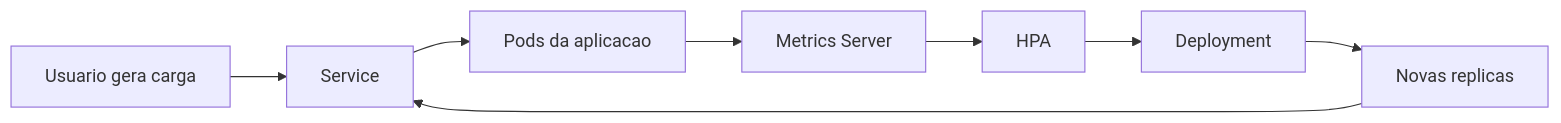
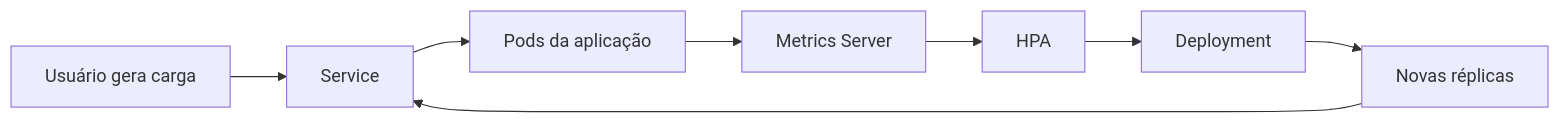
One commit to brodyandre/kubernetes-resilience-ha-lab changed the first of 4 diagrams in README.md. Above: the diagram before and after it, drawn with Mermaid. The commit also changed other lines of this file, not shown here.

````diff
--- a/README.md
+++ b/README.md
@@ -106,10 +106,10 @@
 ```mermaid
 flowchart LR
-  U[Usuario gera carga] --> S[Service]
-  S --> P[Pods da aplicacao]
+  U[Usuário gera carga] --> S[Service]
+  S --> P[Pods da aplicação]
   P --> M[Metrics Server]
   M --> H[HPA]
   H --> D[Deployment]
-  D --> R[Novas replicas]
+  D --> R[Novas réplicas]
   R --> S
 ```
````
